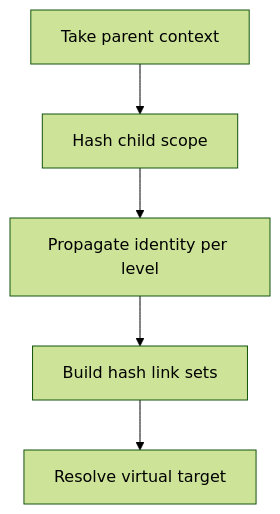
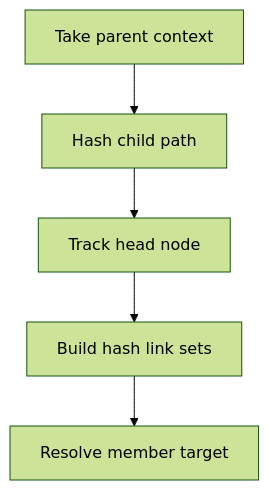
Before and after one commit to JohnAndrewBalbarosa/NeoTerritory: the diagram in docs/Codebase/Microservice/Modules/Source/HashingMechanism/core.cpp.md, drawn with Mermaid (forest theme). The commit also changed other lines of this file and 147 other files, not shown here.

````diff
--- a/docs/Codebase/Microservice/Modules/Source/HashingMechanism/core.cpp.md
+++ b/docs/Codebase/Microservice/Modules/Source/HashingMechanism/core.cpp.md
@@ -21,9 +23,9 @@
 ```mermaid
 flowchart TD
     N0["Take parent context"]
-    N1["Hash child scope"]
-    N2["Propagate identity per level"]
+    N1["Hash child path"]
+    N2["Track head node"]
     N3["Build hash link sets"]
-    N4["Resolve virtual target"]
+    N4["Resolve member target"]
     N0 --> N1 --> N2 --> N3 --> N4
 ```
````
